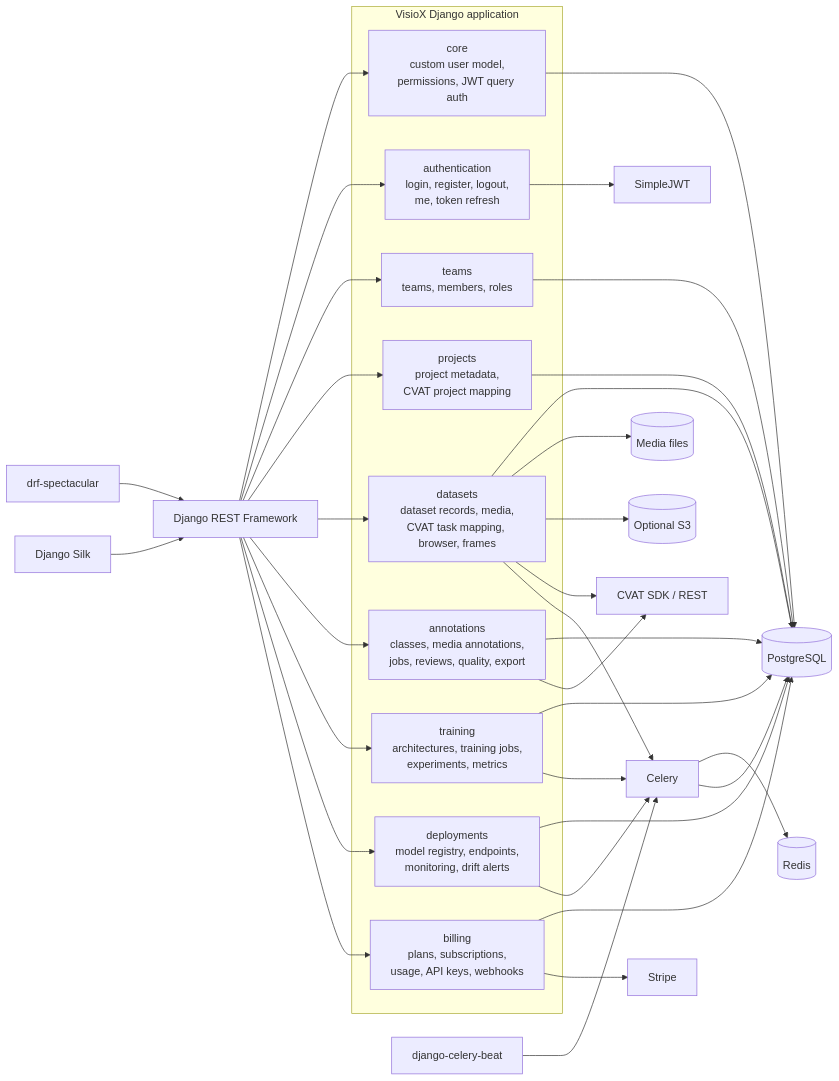
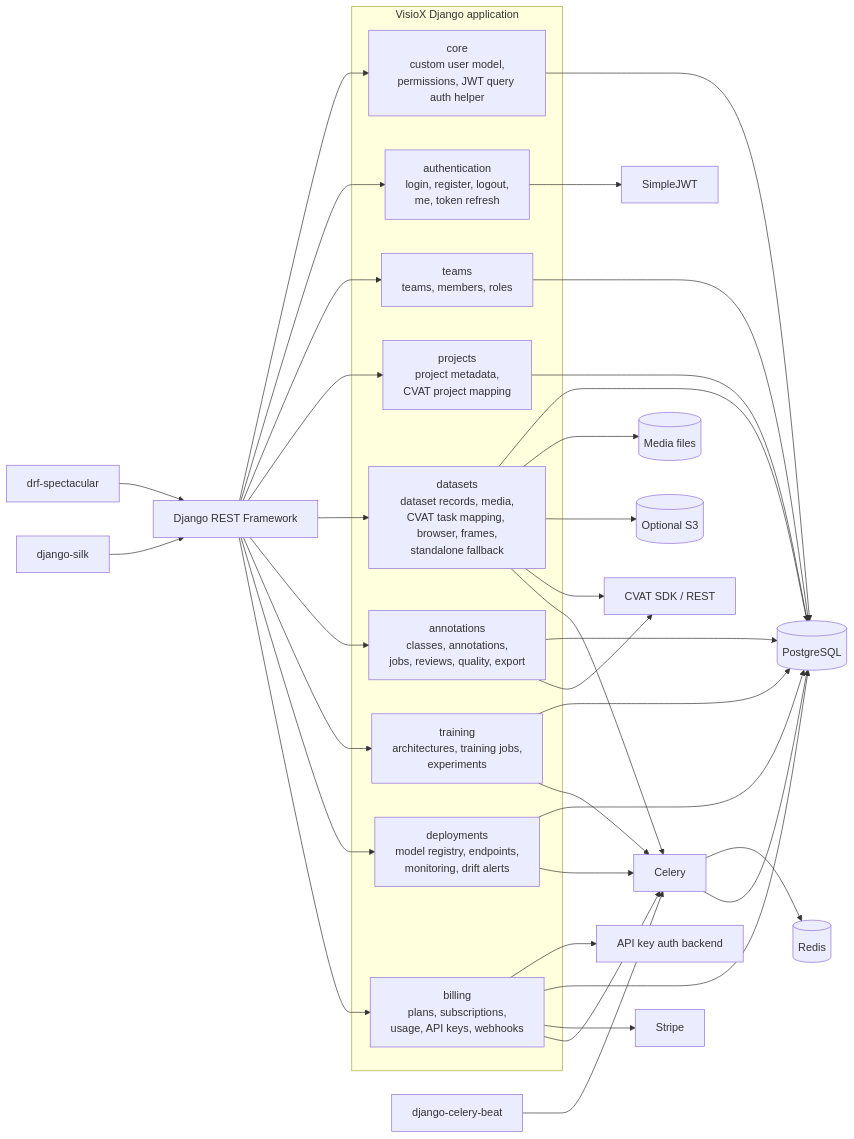
The third of 5 diagrams in ARCHITECTURE_DIAGRAMS.md (the-visiox/visiox), drawn with Mermaid before and after one commit. The commit also changed other lines of this file and 1 other file, not shown here.

Commit message:
feat: add agent notes for VisioX backend with quick reference and runtime details

````diff
--- a/ARCHITECTURE_DIAGRAMS.md
+++ b/ARCHITECTURE_DIAGRAMS.md
@@ -165,64 +174,68 @@
 ```mermaid
 flowchart LR
     subgraph Django[VisioX Django application]
-        Core["core<br/>custom user model,<br/>permissions, JWT query auth"]
+        Core["core<br/>custom user model,<br/>permissions, JWT query auth helper"]
         Auth["authentication<br/>login, register, logout,<br/>me, token refresh"]
         Teams["teams<br/>teams, members, roles"]
         Projects["projects<br/>project metadata,<br/>CVAT project mapping"]
-        Datasets["datasets<br/>dataset records, media,<br/>CVAT task mapping, browser, frames"]
-        Annot["annotations<br/>classes, media annotations,<br/>jobs, reviews, quality, export"]
-        Training["training<br/>architectures, training jobs,<br/>experiments, metrics"]
+        Datasets["datasets<br/>dataset records, media,<br/>CVAT task mapping, browser, frames,<br/>standalone fallback"]
+        Annot["annotations<br/>classes, annotations,<br/>jobs, reviews, quality, export"]
+        Training["training<br/>architectures, training jobs,<br/>experiments"]
         Deploy["deployments<br/>model registry, endpoints,<br/>monitoring, drift alerts"]
         Billing["billing<br/>plans, subscriptions,<br/>usage, API keys, webhooks"]
     end
 
     DRF[Django REST Framework]
     JWT[SimpleJWT]
+    APIKey[API key auth backend]
     Celery[Celery]
     Beat[django-celery-beat]
     Spectacular[drf-spectacular]
-    Silk[Django Silk]
+    Silk[django-silk]
 
     PG[(PostgreSQL)]
     Redis[(Redis)]
     Media[(Media files)]
     S3[(Optional S3)]
     CVAT[CVAT SDK / REST]
     Stripe[Stripe]
 
     DRF --> Core
     DRF --> Auth
     DRF --> Teams
     DRF --> Projects
     DRF --> Datasets
     DRF --> Annot
     DRF --> Training
     DRF --> Deploy
     DRF --> Billing
 
     Auth --> JWT
+    Billing --> APIKey
+
     Core --> PG
     Teams --> PG
     Projects --> PG
     Datasets --> PG
     Annot --> PG
     Training --> PG
     Deploy --> PG
     Billing --> PG
 
     Datasets --> Media
     Datasets --> S3
     Datasets --> CVAT
     Annot --> CVAT
     Billing --> Stripe
 
     Training --> Celery
     Deploy --> Celery
+    Billing --> Celery
     Datasets --> Celery
     Beat --> Celery
     Celery --> Redis
     Celery --> PG
 
     Spectacular --> DRF
     Silk --> DRF
 ```
````
